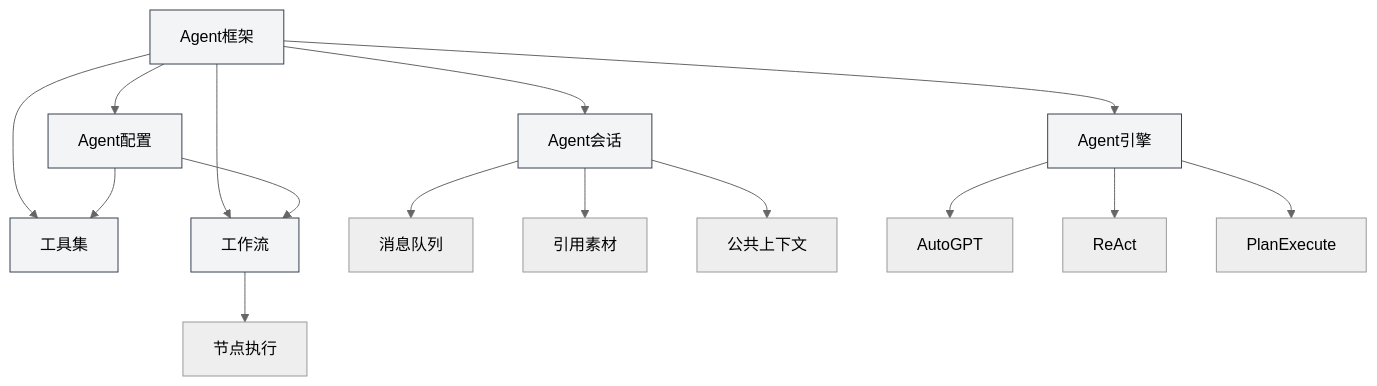
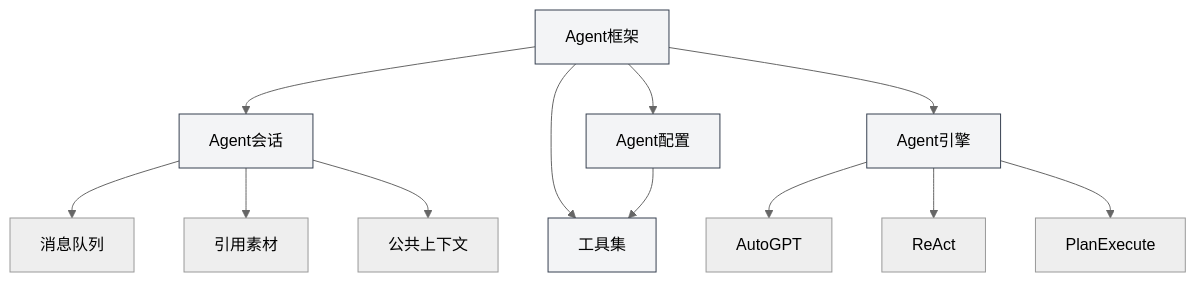
The second of 4 diagrams in meta-doc/src/renderer/src/manuals/zh_CN/agent/introduction.md (JaredYe04/MetaDoc), drawn with Mermaid (neutral theme) before and after one commit. The commit also changed other lines of this file and 52 other files, not shown here.

````diff
--- a/meta-doc/src/renderer/src/manuals/zh_CN/agent/introduction.md
+++ b/meta-doc/src/renderer/src/manuals/zh_CN/agent/introduction.md
@@ -108,23 +100,19 @@
 ```mermaid
 graph TB
     A[Agent框架] --> B[Agent会话]
     A --> C[Agent配置]
     A --> D[工具集]
-    A --> E[工作流]
     A --> F[Agent引擎]
     B --> G[消息队列]
     B --> H[引用素材]
     B --> I[公共上下文]
     C --> D
-    C --> E
-    E --> J[节点执行]
     F --> K[AutoGPT]
     F --> L[ReAct]
     F --> M[PlanExecute]
     style A fill:#f3f4f6,stroke:#374151
     style B fill:#f3f4f6,stroke:#374151
     style C fill:#f3f4f6,stroke:#374151
     style D fill:#f3f4f6,stroke:#374151
-    style E fill:#f3f4f6,stroke:#374151
     style F fill:#f3f4f6,stroke:#374151
 ```
````
